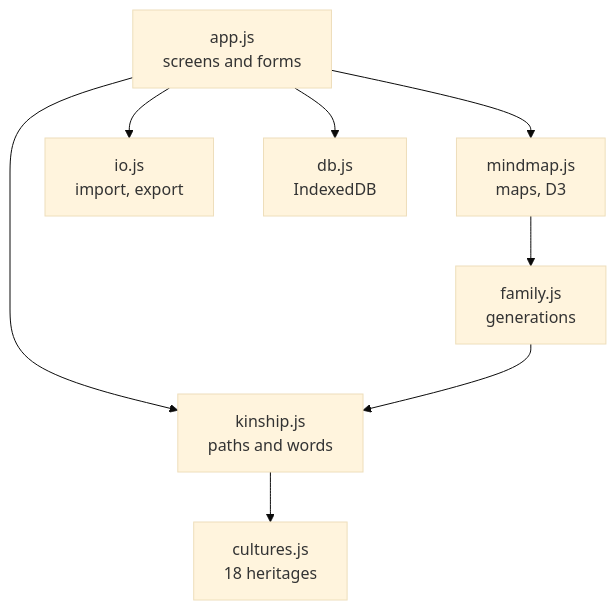
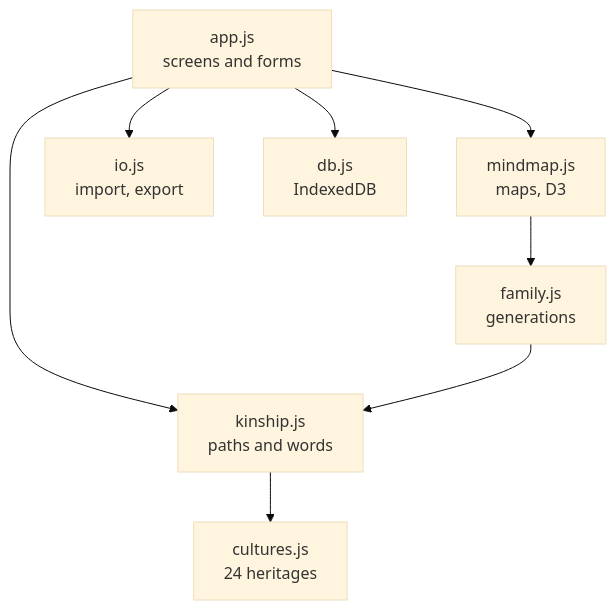
The first of 5 diagrams in docs/how-it-works.md (akaseahawk/paribar-family-tree), drawn with Mermaid (base theme) before and after one commit. The commit also changed other lines of this file and 12 other files, not shown here.

````diff
--- a/docs/how-it-works.md
+++ b/docs/how-it-works.md
@@ -7,10 +7,10 @@
 ```mermaid
 flowchart TD
   UI["app.js<br/>screens and forms"] --> K["kinship.js<br/>paths and words"]
-  K --> C["cultures.js<br/>18 heritages"]
+  K --> C["cultures.js<br/>24 heritages"]
   UI --> M["mindmap.js<br/>maps, D3"]
   M --> F["family.js<br/>generations"]
   F --> K
   UI --> IO["io.js<br/>import, export"]
   UI --> DB["db.js<br/>IndexedDB"]
 ```
````
